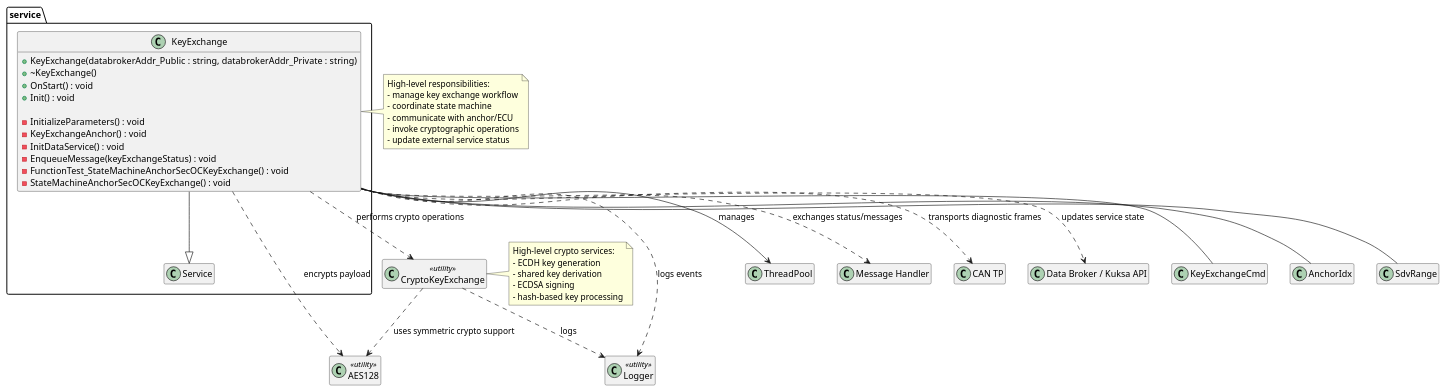
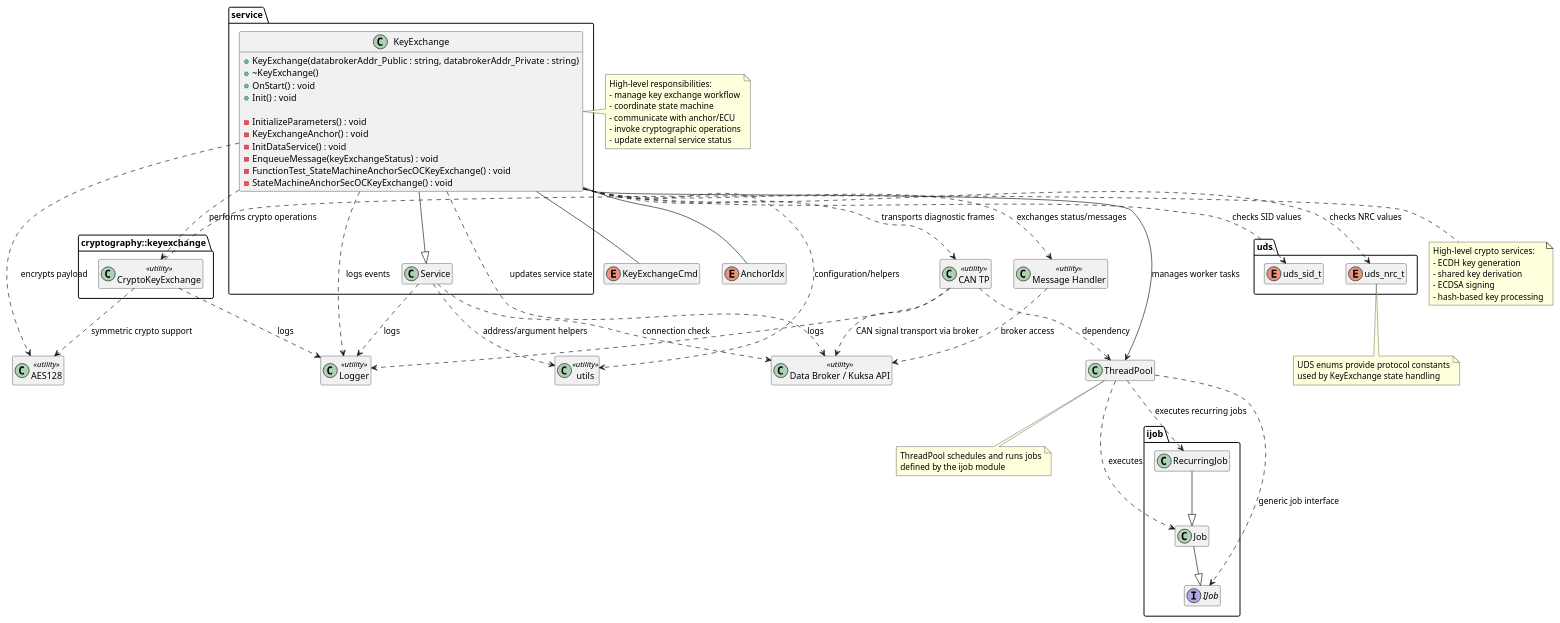
Before and after one commit to VoLinhTruc/Bosch_Internship_DaoHongMinh: the diagram in diagrams/general_class_diagram.puml, drawn with PlantUML. The commit also changed 3 other files, not shown here.

Commit message:
msg_handler

```diff
--- a/diagrams/general_class_diagram.puml
+++ b/diagrams/general_class_diagram.puml
@@ -1,68 +1,108 @@
 @startuml RelationBetweenClasses
-'skinparam classAttributeIconSize 0
 hide empty members
 
 namespace service {
   class "Service" as Svc
 
   class "KeyExchange" as KE {
     + KeyExchange(databrokerAddr_Public : string, databrokerAddr_Private : string)
     + ~KeyExchange()
     + OnStart() : void
     + Init() : void
 
     - InitializeParameters() : void
     - KeyExchangeAnchor() : void
     - InitDataService() : void
     - EnqueueMessage(keyExchangeStatus) : void
     - FunctionTest_StateMachineAnchorSecOCKeyExchange() : void
     - StateMachineAnchorSecOCKeyExchange() : void
   }
 }
 
-  class "CryptoKeyExchange" as CKX <<utility>> {
-  }
-
-class "AES128" as AES128 <<utility>> {
+package "cryptography::keyexchange" {
+  class "CryptoKeyExchange" as CKX <<utility>>
 }
 
+class "AES128" as AES128 <<utility>>
 class "Logger" as Logger <<utility>>
 class "ThreadPool" as ThreadPool
-class "Message Handler" as MsgHandler
-class "CAN TP" as CanTp
-class "Data Broker / Kuksa API" as Kuksa
+class "Message Handler" as MsgHandler <<utility>>
+class "CAN TP" as CanTp <<utility>>
+class "Data Broker / Kuksa API" as Kuksa <<utility>>
+class "utils" as Utils <<utility>>
+
+package "ijob" {
+  interface "IJob" as IJob
+  class "Job" as Job
+  class "RecurringJob" as RecurringJob
+}
+
+package "uds" {
+  enum "uds_sid_t" as UdsSid
+  enum "uds_nrc_t" as UdsNrc
+}
+
+enum "KeyExchangeCmd" as KeyExchangeCmd
+enum "AnchorIdx" as AnchorIdx
 
 KE --|> Svc
 KE -- KeyExchangeCmd
 KE -- AnchorIdx
-KE -- SdvRange
 
-KE --> ThreadPool : manages
+KE --> ThreadPool : manages worker tasks
 KE ..> MsgHandler : exchanges status/messages
 KE ..> CanTp : transports diagnostic frames
 KE ..> Kuksa : updates service state
 KE ..> CKX : performs crypto operations
 KE ..> AES128 : encrypts payload
 KE ..> Logger : logs events
+KE ..> Utils : configuration/helpers
+KE ..> UdsSid : checks SID values
+KE ..> UdsNrc : checks NRC values
 
-CKX ..> AES128 : uses symmetric crypto support
+ThreadPool ..> Job : executes
+ThreadPool ..> RecurringJob : executes recurring jobs
+ThreadPool ..> IJob : generic job interface
+Job --|> IJob
+RecurringJob --|> Job
+
+CKX ..> AES128 : symmetric crypto support
 CKX ..> Logger : logs
+
+MsgHandler ..> Kuksa : broker access
+CanTp ..> Kuksa : CAN signal transport via broker
+CanTp ..> ThreadPool : dependency
+CanTp ..> Logger : logs
+
+Svc ..> Kuksa : connection check
+Svc ..> Logger : logs
+Svc ..> Utils : address/argument helpers
 
 note right of KE
   High-level responsibilities:
   - manage key exchange workflow
   - coordinate state machine
   - communicate with anchor/ECU
   - invoke cryptographic operations
   - update external service status
 end note
 
 note right of CKX
   High-level crypto services:
   - ECDH key generation
   - shared key derivation
   - ECDSA signing
   - hash-based key processing
 end note
 
+note bottom of ThreadPool
+  ThreadPool schedules and runs jobs
+  defined by the ijob module
+end note
+
+note bottom of UdsNrc
+  UDS enums provide protocol constants
+  used by KeyExchange state handling
+end note
+
 @enduml
```
